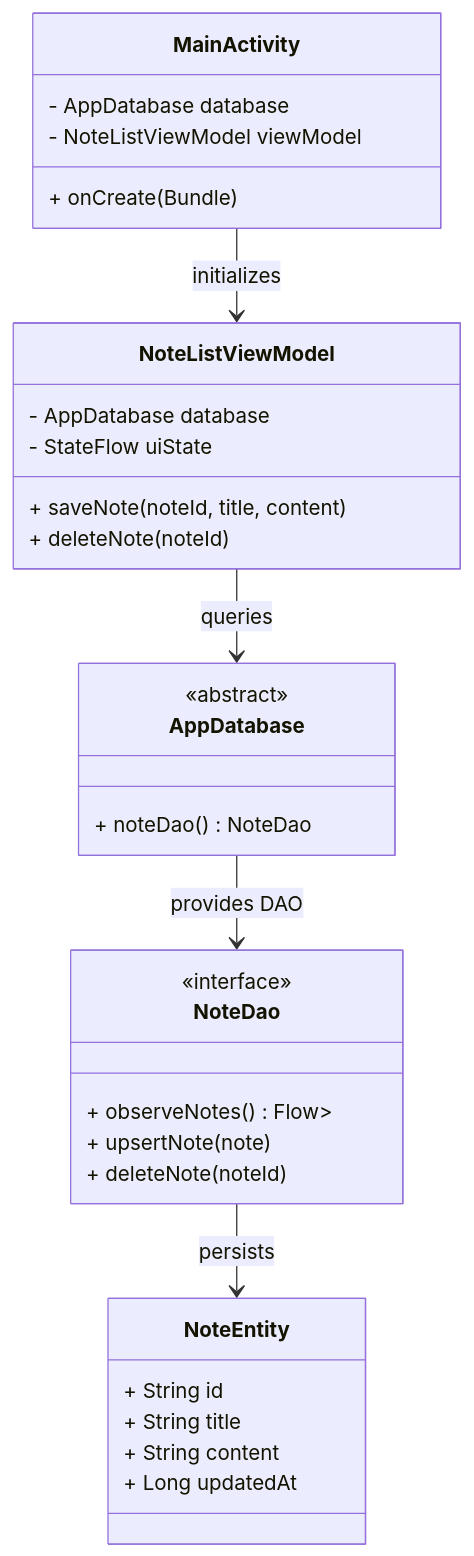
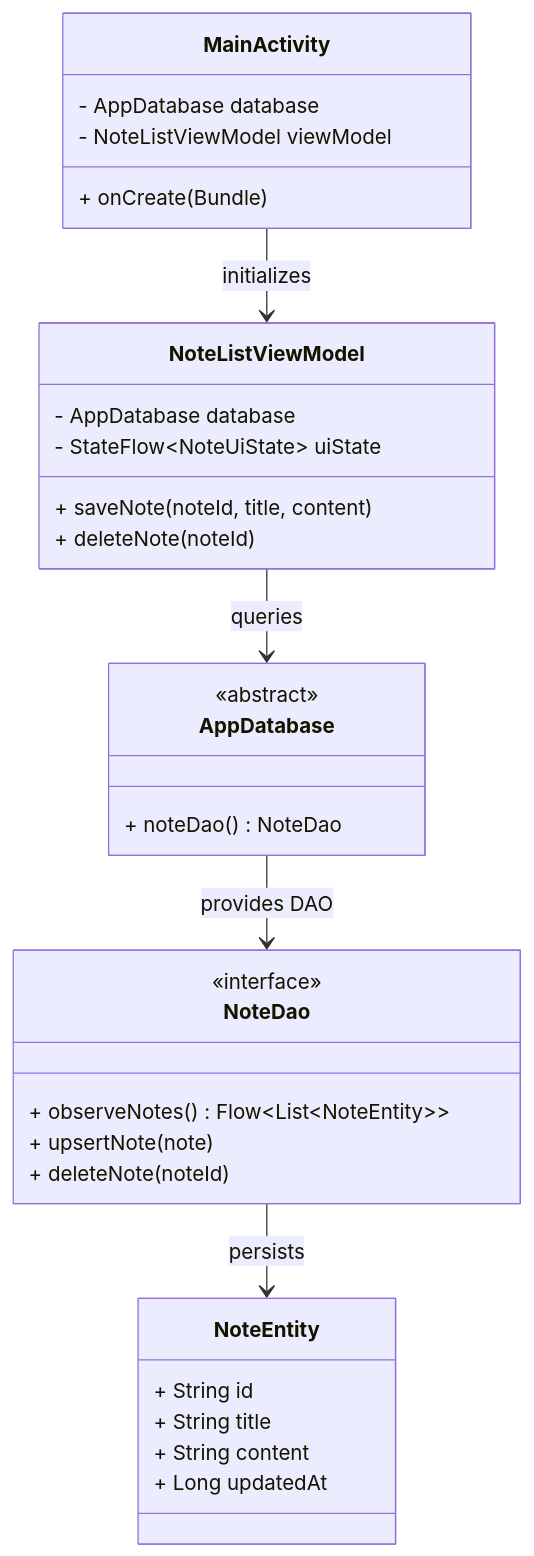
Before and after one commit to ankit2610ak/notes: the second of 3 diagrams in README.md, drawn with Mermaid. The commit also changed other lines of this file, not shown here.

Commit message:
feat(offline-notes): implement pure offline-first multiplatform note-saving architecture with Room KMP and Compose M3 (#4)

````diff
--- a/README.md
+++ b/README.md
@@ -29,39 +35,39 @@
 ```mermaid
 classDiagram
     class MainActivity {
         - AppDatabase database
         - NoteListViewModel viewModel
         + onCreate(Bundle)
     }
 
     class NoteListViewModel {
         - AppDatabase database
-        - StateFlow<NoteUiState> uiState
+        - StateFlow~NoteUiState~ uiState
         + saveNote(noteId, title, content)
         + deleteNote(noteId)
     }
 
     class AppDatabase {
         <<abstract>>
         + noteDao() NoteDao
     }
 
     class NoteDao {
         <<interface>>
-        + observeNotes() Flow<List<NoteEntity>>
+        + observeNotes() Flow~List~NoteEntity~~
         + upsertNote(note)
         + deleteNote(noteId)
     }
 
     class NoteEntity {
         + String id
         + String title
         + String content
         + Long updatedAt
     }
 
     MainActivity --> NoteListViewModel : initializes
     NoteListViewModel --> AppDatabase : queries
     AppDatabase --> NoteDao : provides DAO
     NoteDao --> NoteEntity : persists
 ```
````
